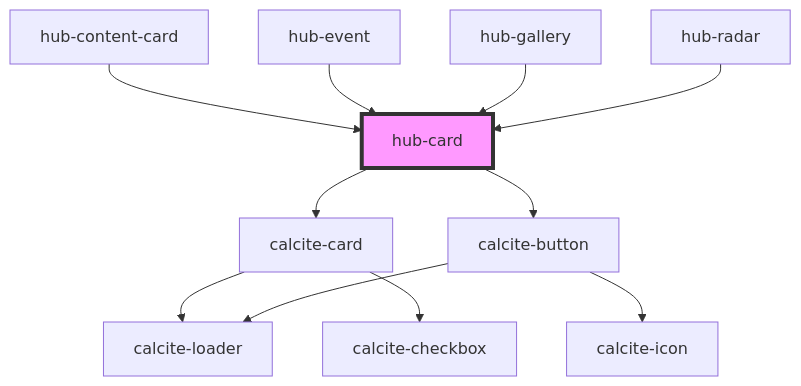
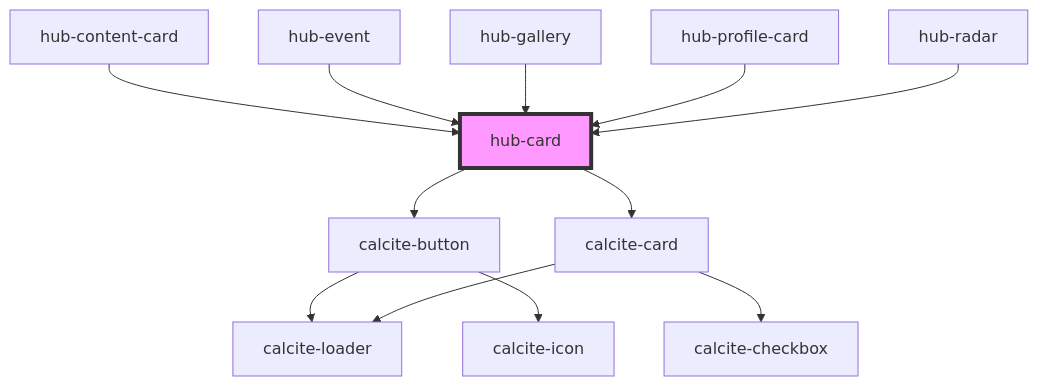
One commit to esridc/hub-components-experiments changed the diagram in src/components/hub-card/readme.md. Above: the diagram before and after it, drawn with Mermaid. The commit also changed other lines of this file and 18 other files, not shown here.

Commit message:
Added Hub member and profile card

````diff
--- a/src/components/hub-card/readme.md
+++ b/src/components/hub-card/readme.md
@@ -38,14 +39,15 @@
 ```mermaid
 graph TD;
+  hub-card --> calcite-button
   hub-card --> calcite-card
-  hub-card --> calcite-button
+  calcite-button --> calcite-loader
+  calcite-button --> calcite-icon
   calcite-card --> calcite-loader
   calcite-card --> calcite-checkbox
-  calcite-button --> calcite-loader
-  calcite-button --> calcite-icon
   hub-content-card --> hub-card
   hub-event --> hub-card
   hub-gallery --> hub-card
+  hub-profile-card --> hub-card
   hub-radar --> hub-card
   style hub-card fill:#f9f,stroke:#333,stroke-width:4px
 ```
````
